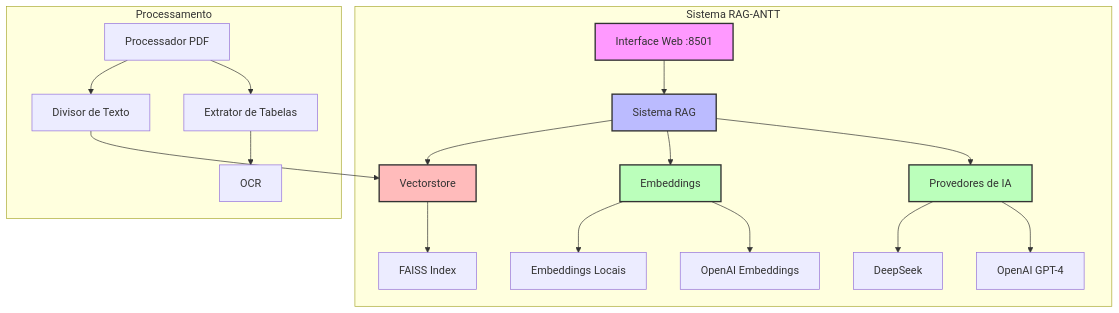
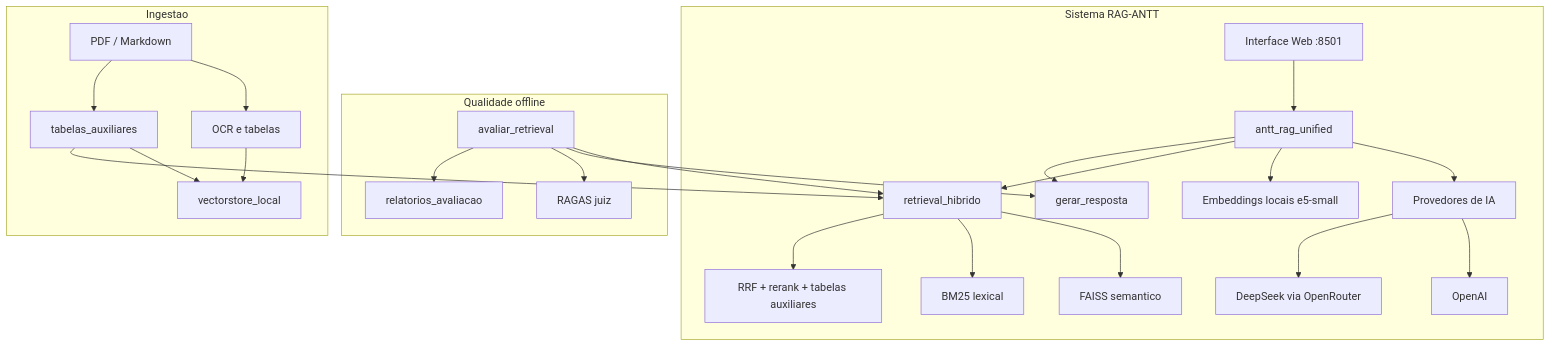
The first of 2 diagrams in README.md (romulobrito/RAG-ANTT), drawn with Mermaid before and after one commit. The commit also changed other lines of this file and 5 other files, not shown here.

First line of the commit message:
feat(rag): metricas RAGAS no harness e documentacao alinhada

````diff
--- a/README.md
+++ b/README.md
@@ -60,27 +71,30 @@
 ```mermaid
 graph TB
     subgraph "Sistema RAG-ANTT"
-        A[Interface Web :8501] --> B[Sistema RAG]
+        A[Interface Web :8501] --> B[antt_rag_unified]
         B --> C[Provedores de IA]
-        C --> D[OpenAI GPT-4]
-        C --> E[DeepSeek]
-        B --> F[Embeddings]
-        F --> G[OpenAI Embeddings]
-        F --> H[Embeddings Locais]
-        B --> I[Vectorstore]
-        I --> J[FAISS Index]
+        C --> D[OpenAI]
+        C --> E[DeepSeek via OpenRouter]
+        B --> F[Embeddings locais e5-small]
+        B --> G[retrieval_hibrido]
+        G --> H[FAISS semantico]
+        G --> I[BM25 lexical]
+        G --> J[RRF + rerank + tabelas auxiliares]
+        B --> K[gerar_resposta]
     end
 
-    subgraph "Processamento"
-        K[Processador PDF] --> L[Extrator de Tabelas]
-        L --> M[OCR]
-        K --> N[Divisor de Texto]
-        N --> I
+    subgraph "Qualidade offline"
+        L[avaliar_retrieval] --> G
+        L --> K
+        L --> M[RAGAS juiz]
+        L --> N[relatorios_avaliacao]
     end
 
-    style A fill:#f9f,stroke:#333,stroke-width:2px
-    style B fill:#bbf,stroke:#333,stroke-width:2px
-    style C fill:#bfb,stroke:#333,stroke-width:2px
-    style F fill:#bfb,stroke:#333,stroke-width:2px
-    style I fill:#fbb,stroke:#333,stroke-width:2px
+    subgraph "Ingestao"
+        O[PDF / Markdown] --> P[OCR e tabelas]
+        O --> Q[tabelas_auxiliares]
+        P --> R[vectorstore_local]
+        Q --> R
+        Q --> G
+    end
 ```
````
